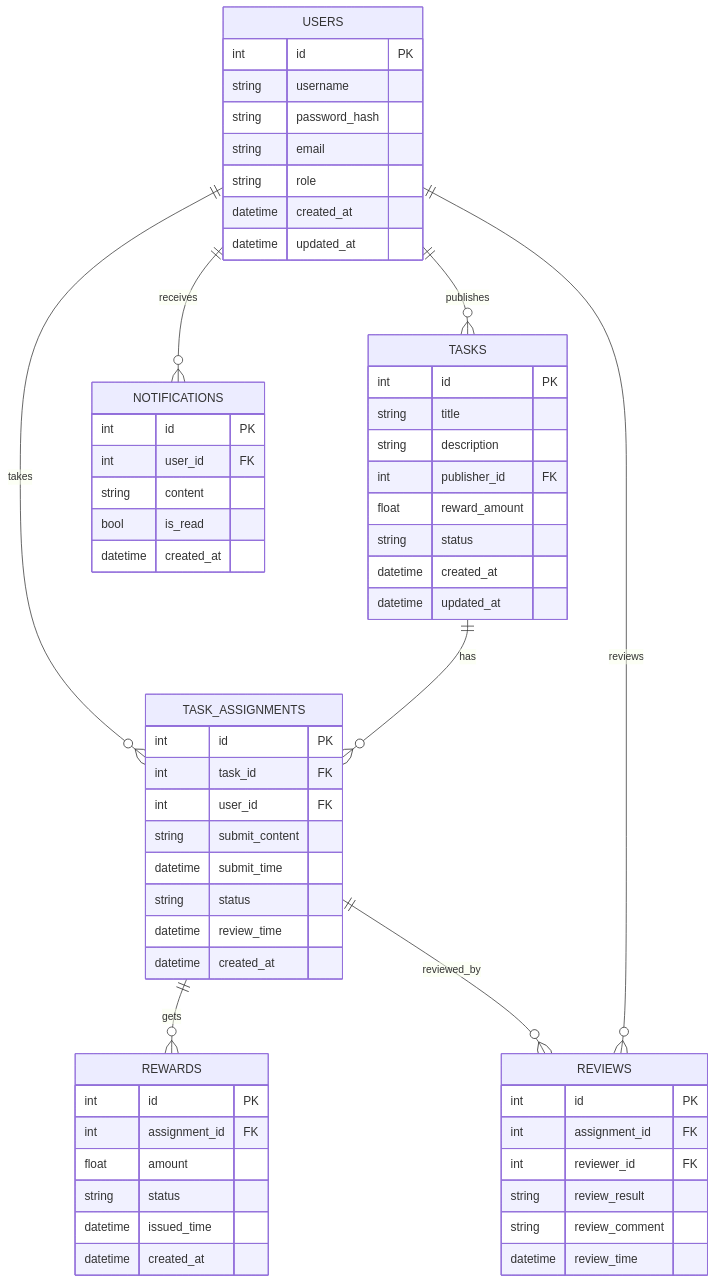
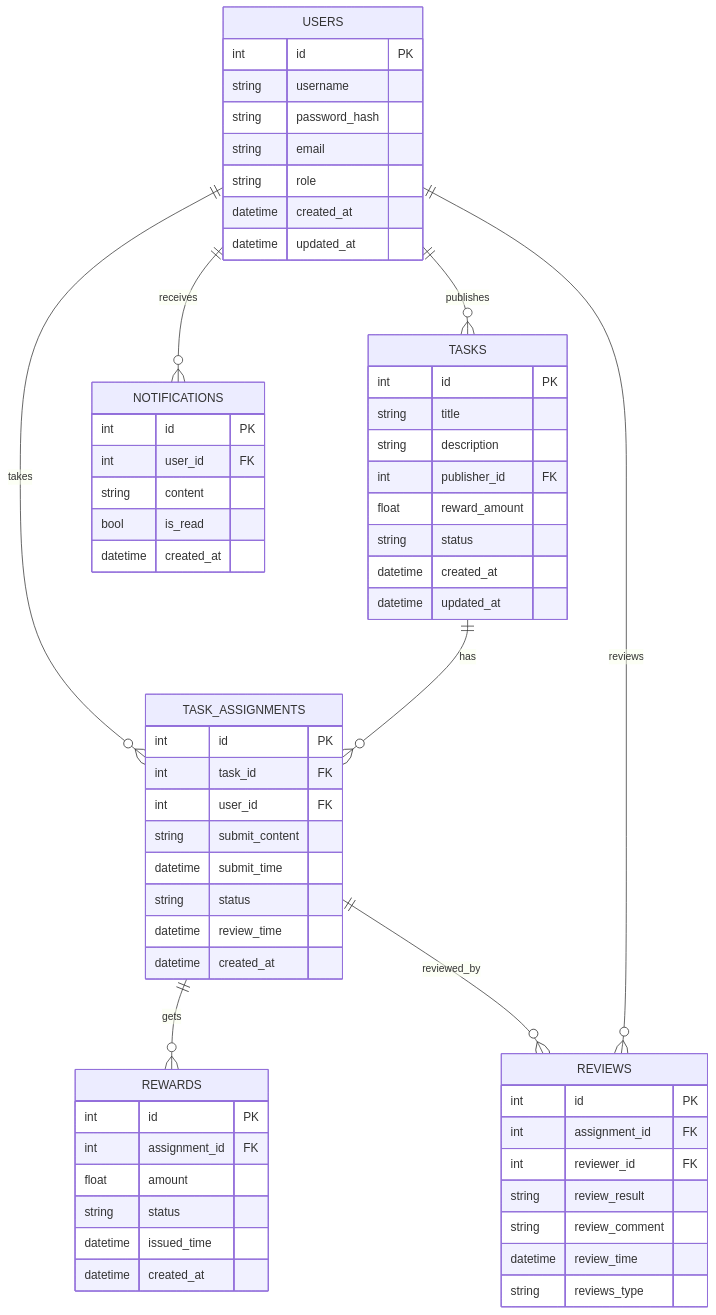
One commit to zzxgin/FAST-API changed the diagram in docs/database.md. Above: the diagram before and after it, drawn with Mermaid. The commit also changed other lines of this file and 2 other files, not shown here.

Commit message:
docs：添加代码规划文档，添加流程图，修改database里面的业务逻辑

````diff
--- a/docs/database.md
+++ b/docs/database.md
@@ -94,63 +95,64 @@
 ```mermaid
 erDiagram
     USERS {
         int id PK
         string username
         string password_hash
         string email
         string role
         datetime created_at
         datetime updated_at
     }
     TASKS {
         int id PK
         string title
         string description
         int publisher_id FK
         float reward_amount
         string status
         datetime created_at
         datetime updated_at
     }
     TASK_ASSIGNMENTS {
         int id PK
         int task_id FK
         int user_id FK
         string submit_content
         datetime submit_time
         string status
         datetime review_time
         datetime created_at
     }
     REWARDS {
         int id PK
         int assignment_id FK
         float amount
         string status
         datetime issued_time
         datetime created_at
     }
     REVIEWS {
         int id PK
         int assignment_id FK
         int reviewer_id FK
         string review_result
         string review_comment
         datetime review_time
+        string reviews_type
     }
     NOTIFICATIONS {
         int id PK
         int user_id FK
         string content
         bool is_read
         datetime created_at
     }
 
     USERS ||--o{ TASKS : publishes
     USERS ||--o{ TASK_ASSIGNMENTS : takes
     TASKS ||--o{ TASK_ASSIGNMENTS : has
     TASK_ASSIGNMENTS ||--o{ REWARDS : gets
     TASK_ASSIGNMENTS ||--o{ REVIEWS : reviewed_by
     USERS ||--o{ REVIEWS : reviews
     USERS ||--o{ NOTIFICATIONS : receives
 ```
````
